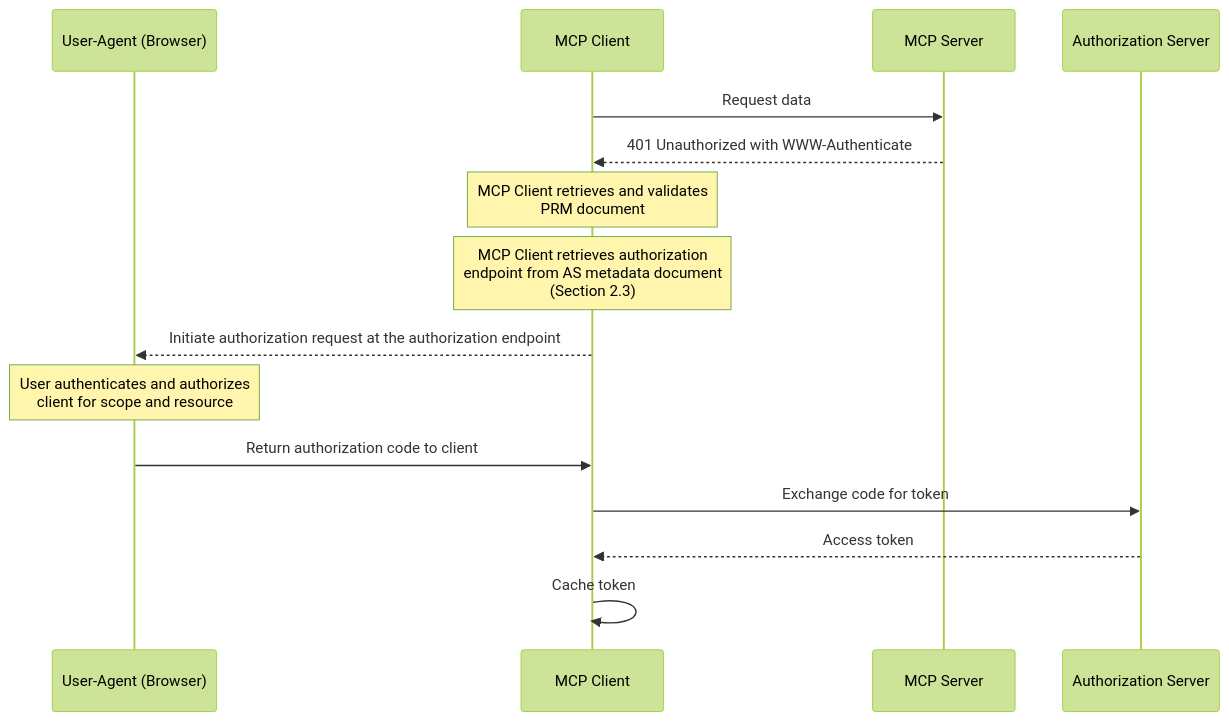
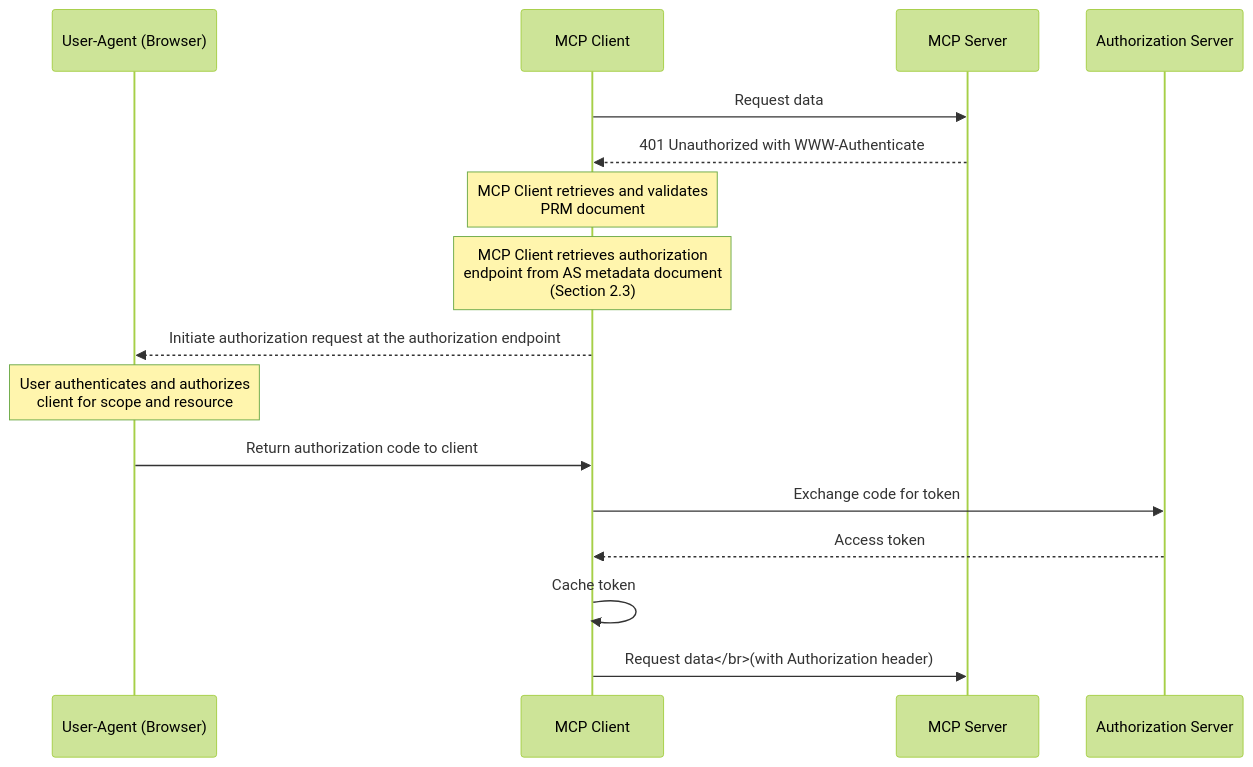
One commit to modelcontextprotocol/specification changed the second of 4 diagrams in docs/specification/2025-03-26/basic/authorization.mdx. Above: the diagram before and after it, drawn with Mermaid (forest theme). The commit also changed other lines of this file, not shown here.

````diff
--- a/docs/specification/2025-03-26/basic/authorization.mdx
+++ b/docs/specification/2025-03-26/basic/authorization.mdx
@@ -246,18 +246,19 @@
 ```mermaid
 sequenceDiagram
     participant UA as User-Agent (Browser)
     participant MC as MCP Client
     participant MS as MCP Server
     participant AS as Authorization Server
 
     MC->>MS: Request data
     MS-->>MC: 401 Unauthorized with WWW-Authenticate
     Note over MC: MCP Client retrieves and validates<br/>PRM document
     Note over MC: MCP Client retrieves authorization<br/>endpoint from AS metadata document<br/>(Section 2.3)
     MC-->>UA: Initiate authorization request at the authorization endpoint
     Note over UA: User authenticates and authorizes<br/>client for scope and resource
     UA->>MC: Return authorization code to client
     MC->>AS: Exchange code for token
     AS-->>MC: Access token
     MC->>MC: Cache token
+    MC->>MS: Request data</br>(with Authorization header)
 ```
````
